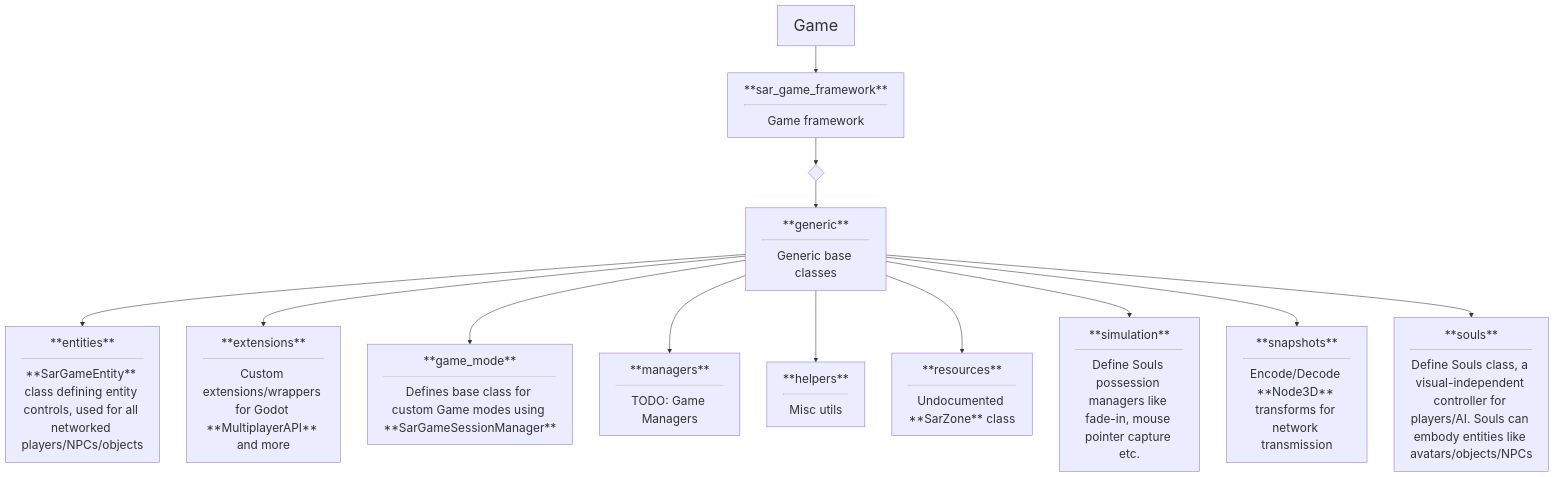
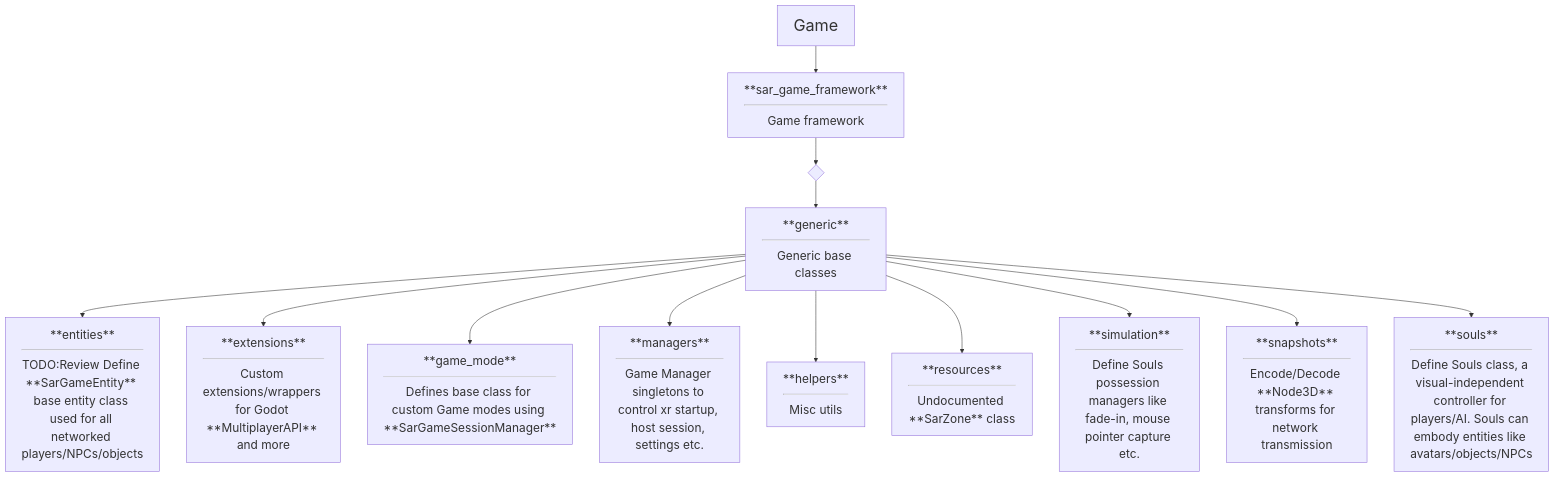
The second of 11 diagrams in CODEBASE.md (dragonhunt02/v-sekai-game), drawn with Mermaid before and after one commit. The commit also changed other lines of this file, not shown here.

````diff
--- a/CODEBASE.md
+++ b/CODEBASE.md
@@ -20,19 +20,19 @@
 ```mermaid
 
 %%{init: {'themeVariables': { 'fontSize': '22px' }}}%%
 flowchart TD
         Game --> addon11[**sar_game_framework**<hr>Game framework]
             addon11 --> ctrl1{" "}
             ctrl1 --> dir1[**generic**<hr>Generic base classes]
-            dir1 --> dir2[**entities**<hr>**SarGameEntity** class defining entity controls, used for all networked players/NPCs/objects]
+            dir1 --> dir2[**entities**<hr>TODO:Review Define **SarGameEntity** base entity class used for all networked players/NPCs/objects]
             dir1 --> dir3[**extensions**<hr>Custom extensions/wrappers for Godot **MultiplayerAPI** and more]
             dir1 --> dir4[**game_mode**<hr>Defines base class for custom Game modes using **SarGameSessionManager**]
-            dir1 --> dir5[**managers**<hr>TODO: Game Managers]
+            dir1 --> dir5[**managers**<hr>Game Manager singletons to control xr startup, host session, settings etc.]
             dir1 --> dir6[**helpers**<hr>Misc utils]
             dir1 --> dir7[**resources**<hr>Undocumented **SarZone** class]
             dir1 --> dir8[**simulation**<hr>Define Souls possession managers like fade-in, mouse pointer capture etc.]
             dir1 --> dir9[**snapshots**<hr>Encode/Decode **Node3D** transforms for network transmission]
             dir1 --> dir10[**souls**<hr>Define Souls class, a visual-independent controller for players/AI. Souls can embody entities like avatars/objects/NPCs]
     classDef Category font-size:30px
     class Game Category
 ```
````
